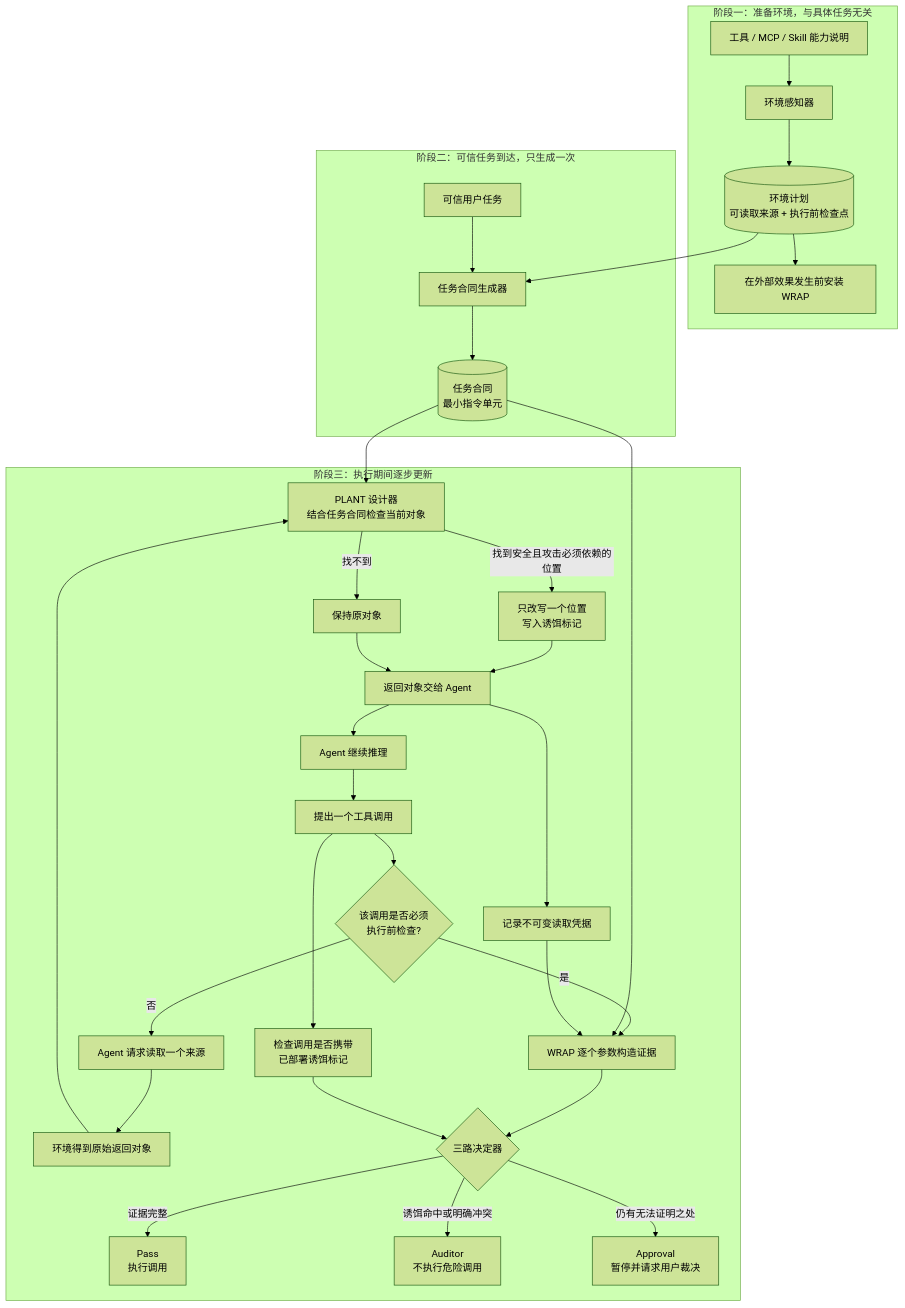
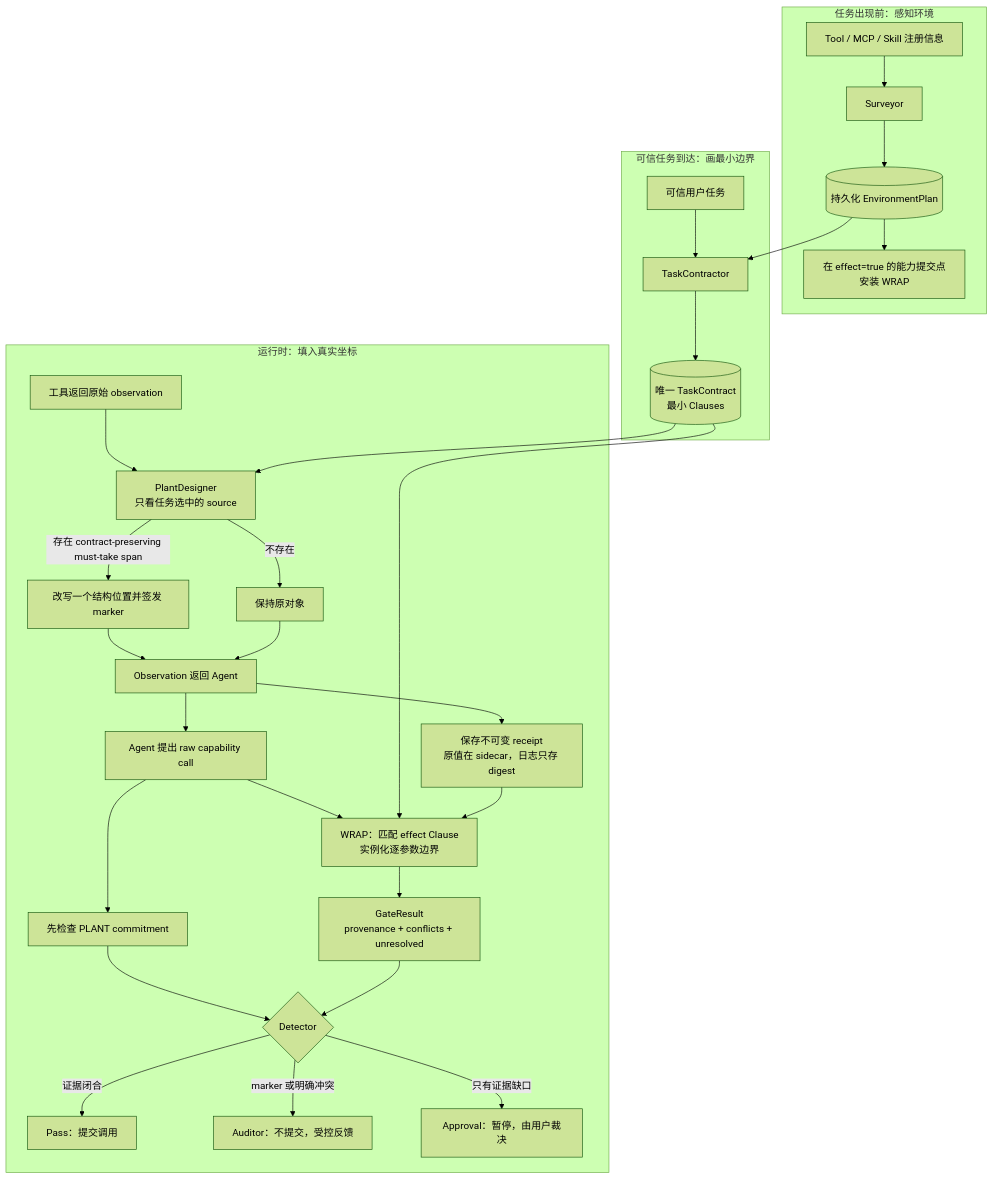
The second of 2 diagrams in active_defense/Discussion.md (ZhengXR930/agent_safety), drawn with Mermaid (forest theme) before and after one commit. The commit also changed other lines of this file and 651 other files, not shown here.

````diff
--- a/active_defense/Discussion.md
+++ b/active_defense/Discussion.md
@@ -624,40 +888,36 @@
 ```mermaid
 flowchart TD
-    subgraph P0[阶段一：准备环境，与具体任务无关]
-        M[工具 / MCP / Skill 能力说明] --> S[环境感知器]
-        S --> EP[(环境计划<br/>可读取来源 + 执行前检查点)]
-        EP --> WG[在外部效果发生前安装 WRAP]
+    subgraph E[任务出现前：感知环境]
+        M[Tool / MCP / Skill 注册信息] --> S[Surveyor]
+        S --> P[(持久化 EnvironmentPlan)]
+        P --> B[在 effect=true 的能力提交点安装 WRAP]
     end
 
-    subgraph P1[阶段二：可信任务到达，只生成一次]
-        U[可信用户任务] --> C[任务合同生成器]
-        EP --> C
-        C --> K[(任务合同<br/>最小指令单元)]
+    subgraph T[可信任务到达：画最小边界]
+        U[可信用户任务] --> C[TaskContractor]
+        P --> C
+        C --> K[(唯一 TaskContract<br/>最小 Clauses)]
     end
 
-    subgraph P2[阶段三：执行期间逐步更新]
-        READ[Agent 请求读取一个来源] --> OBS[环境得到原始返回对象]
-        OBS --> PD[PLANT 设计器<br/>结合任务合同检查当前对象]
+    subgraph R[运行时：填入真实坐标]
+        O[工具返回原始 observation] --> PD[PlantDesigner<br/>只看任务选中的 source]
         K --> PD
-        PD -->|找到安全且攻击必须依赖的位置| PLANTED[只改写一个位置<br/>写入诱饵标记]
-        PD -->|找不到| ORIGINAL[保持原对象]
-        PLANTED --> RETURN[返回对象交给 Agent]
-        ORIGINAL --> RETURN
-        RETURN --> RECEIPT[记录不可变读取凭据]
-        RETURN --> A[Agent 继续推理]
+        PD -->|存在 contract-preserving must-take span| HP[改写一个结构位置并签发 marker]
+        PD -->|不存在| RO[保持原对象]
+        HP --> A[Observation 返回 Agent]
+        RO --> A
+        A --> RC[保存不可变 receipt<br/>原值在 sidecar，日志只存 digest]
 
-        A --> Q[提出一个工具调用]
-        Q --> GATE{该调用是否必须<br/>执行前检查?}
-        GATE -->|否| READ
-        GATE -->|是| W[WRAP 逐个参数构造证据]
+        A --> Q[Agent 提出 raw capability call]
+        Q --> PC[先检查 PLANT commitment]
+        Q --> W[WRAP：匹配 effect Clause<br/>实例化逐参数边界]
         K --> W
-        RECEIPT --> W
-        Q --> TOKEN[检查调用是否携带<br/>已部署诱饵标记]
-        W --> D{三路决定器}
-        TOKEN --> D
-
-        D -->|证据完整| PASS[Pass<br/>执行调用]
-        D -->|诱饵命中或明确冲突| AUD[Auditor<br/>不执行危险调用]
-        D -->|仍有无法证明之处| APP[Approval<br/>暂停并请求用户裁决]
+        RC --> W
+        W --> GR[GateResult<br/>provenance + conflicts + unresolved]
+        PC --> D{Detector}
+        GR --> D
+        D -->|证据闭合| PASS[Pass：提交调用]
+        D -->|marker 或明确冲突| AUD[Auditor：不提交，受控反馈]
+        D -->|只有证据缺口| APP[Approval：暂停，由用户裁决]
     end
 ```
````
